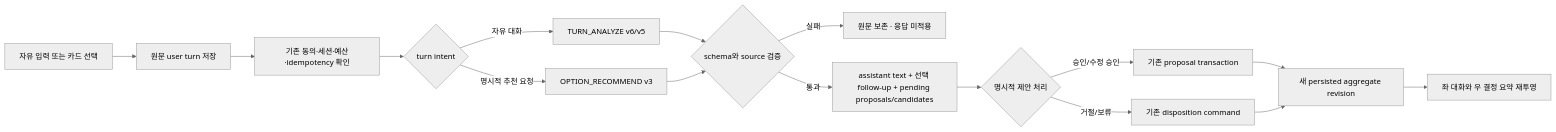
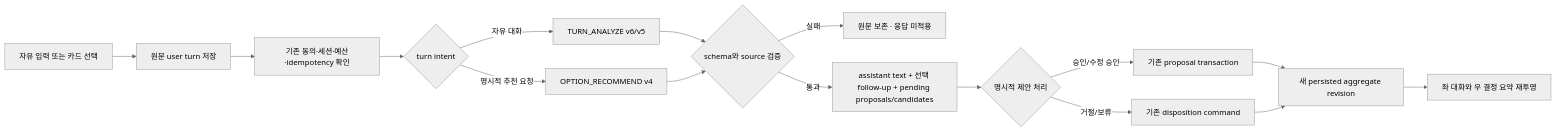
The diagram in docs/tasks/CON-PR-05/plan.md (donghyunlee-dev/ai-agent-blueprint), drawn with Mermaid (neutral theme) before and after one commit. The commit also changed other lines of this file and 17 other files, not shown here.

````diff
--- a/docs/tasks/CON-PR-05/plan.md
+++ b/docs/tasks/CON-PR-05/plan.md
@@ -54,18 +54,18 @@
 ```mermaid
 flowchart LR
   A[자유 입력 또는 카드 선택] --> B[원문 user turn 저장]
   B --> C[기존 동의·세션·예산·idempotency 확인]
   C --> D{turn intent}
   D -- 자유 대화 --> E[TURN_ANALYZE v6/v5]
-  D -- 명시적 추천 요청 --> R[OPTION_RECOMMEND v3]
+  D -- 명시적 추천 요청 --> R[OPTION_RECOMMEND v4]
   E --> V{schema와 source 검증}
   R --> V
   V -- 실패 --> F[원문 보존 · 응답 미적용]
   V -- 통과 --> G[assistant text + 선택 follow-up + pending proposals/candidates]
   G --> H{명시적 제안 처리}
   H -- 승인/수정 승인 --> I[기존 proposal transaction]
   H -- 거절/보류 --> J[기존 disposition command]
   I --> K[새 persisted aggregate revision]
   J --> K
   K --> L[좌 대화와 우 결정 요약 재투영]
 ```
````
